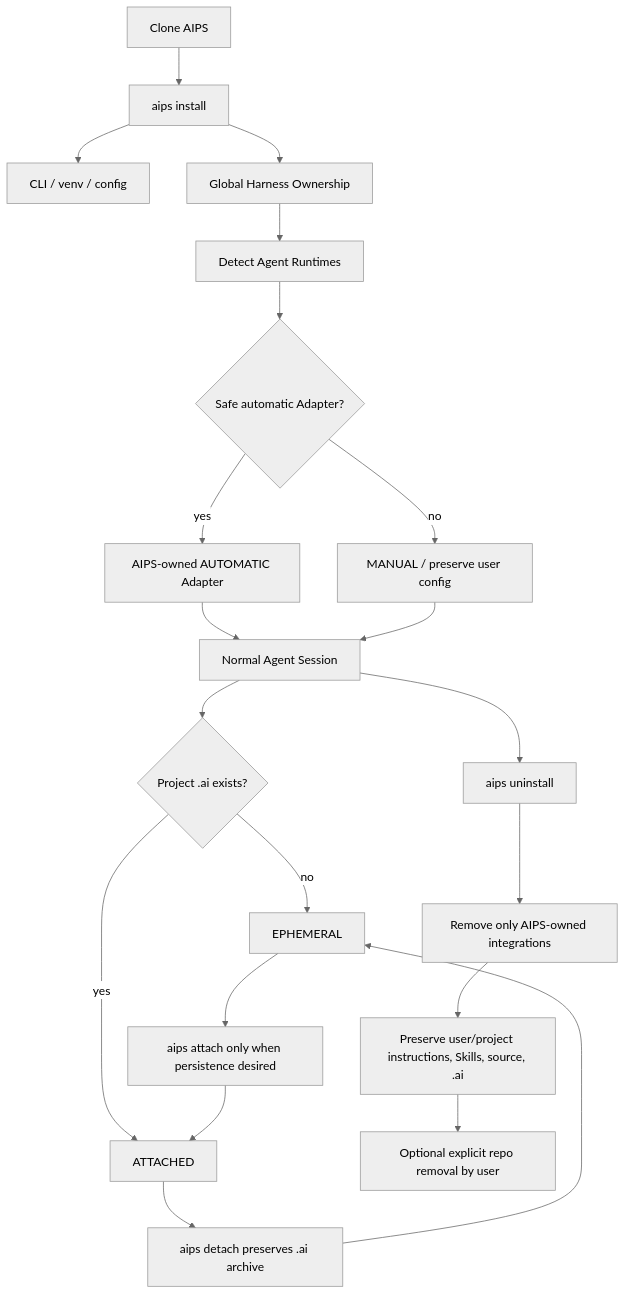
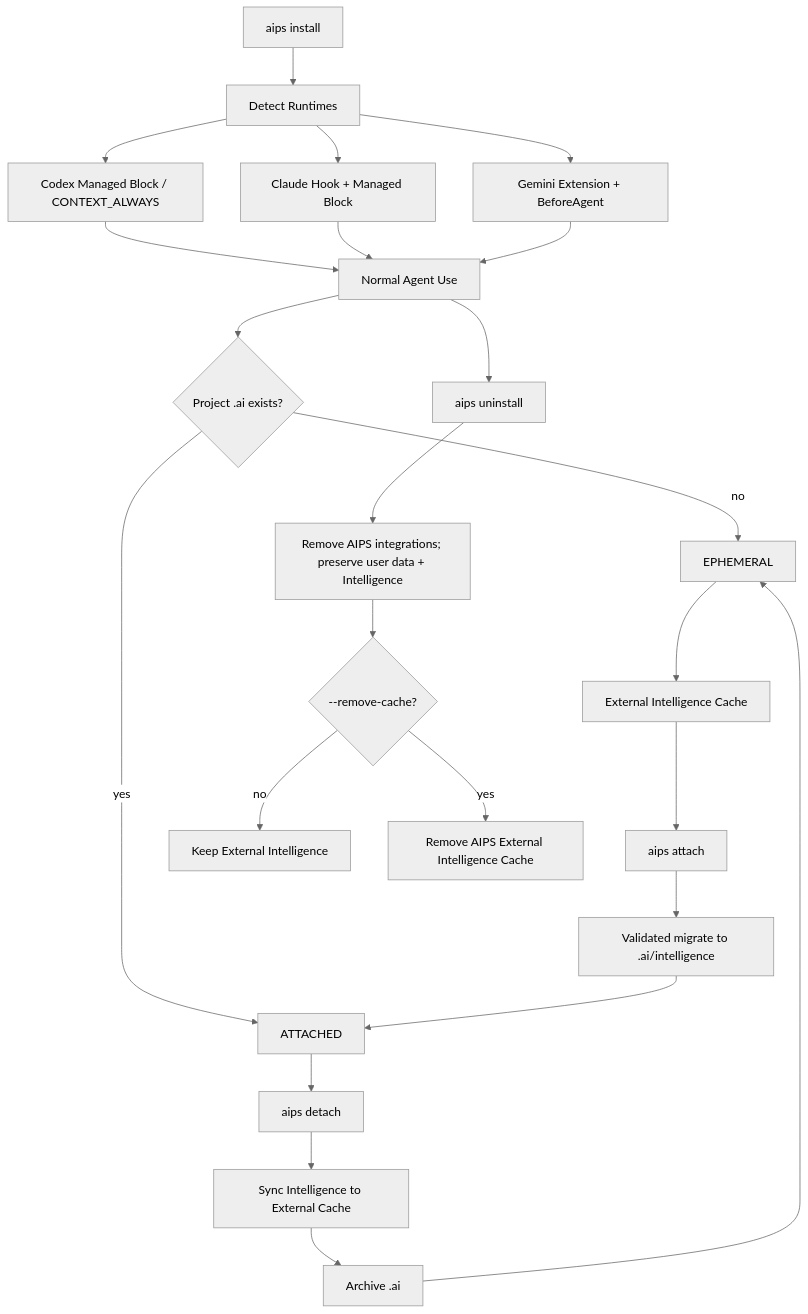
One commit to LucasLu3918/ai-product-system changed diagram 17 of 20 in docs/ARCHITECTURE.md. Above: the diagram before and after it, drawn with Mermaid (neutral theme). The commit also changed other lines of this file and 6 other files, not shown here.

Commit message:
docs(architecture): map turn harness intelligence and impact lifecycle

```diff
--- a/docs/ARCHITECTURE.md
+++ b/docs/ARCHITECTURE.md
@@ -409,23 +398,26 @@
 ~~~mermaid
 flowchart TD
-    CLONE[Clone AIPS] --> INSTALL[aips install]
-    INSTALL --> CORE[CLI / venv / config]
-    INSTALL --> HAR[Global Harness Ownership]
-    HAR --> DET[Detect Agent Runtimes]
-    DET --> AD{Safe automatic Adapter?}
-    AD -->|yes| AUTO[AIPS-owned AUTOMATIC Adapter]
-    AD -->|no| MAN[MANUAL / preserve user config]
-    AUTO --> USE[Normal Agent Session]
-    MAN --> USE
+    INSTALL[aips install] --> DET[Detect Runtimes]
+    DET --> C[Codex Managed Block / CONTEXT_ALWAYS]
+    DET --> CL[Claude Hook + Managed Block]
+    DET --> G[Gemini Extension + BeforeAgent]
+    C --> USE[Normal Agent Use]
+    CL --> USE
+    G --> USE
     USE --> PM{Project .ai exists?}
     PM -->|no| E[EPHEMERAL]
     PM -->|yes| A[ATTACHED]
-    E --> AT[aips attach only when persistence desired]
-    AT --> A
-    A --> DT[aips detach preserves .ai archive]
-    DT --> E
+    E --> EC[External Intelligence Cache]
+    EC --> AT[aips attach]
+    AT --> MIG[Validated migrate to .ai/intelligence]
+    MIG --> A
+    A --> DT[aips detach]
+    DT --> SYNC[Sync Intelligence to External Cache]
+    SYNC --> ARC[Archive .ai]
+    ARC --> E
     USE --> UN[aips uninstall]
-    UN --> OWN[Remove only AIPS-owned integrations]
-    OWN --> KEEP[Preserve user/project instructions, Skills, source, .ai]
-    KEEP --> RM[Optional explicit repo removal by user]
+    UN --> KEEP[Remove AIPS integrations; preserve user data + Intelligence]
+    KEEP --> RC{--remove-cache?}
+    RC -->|no| PRES[Keep External Intelligence]
+    RC -->|yes| DEL[Remove AIPS External Intelligence Cache]
 ~~~
```
